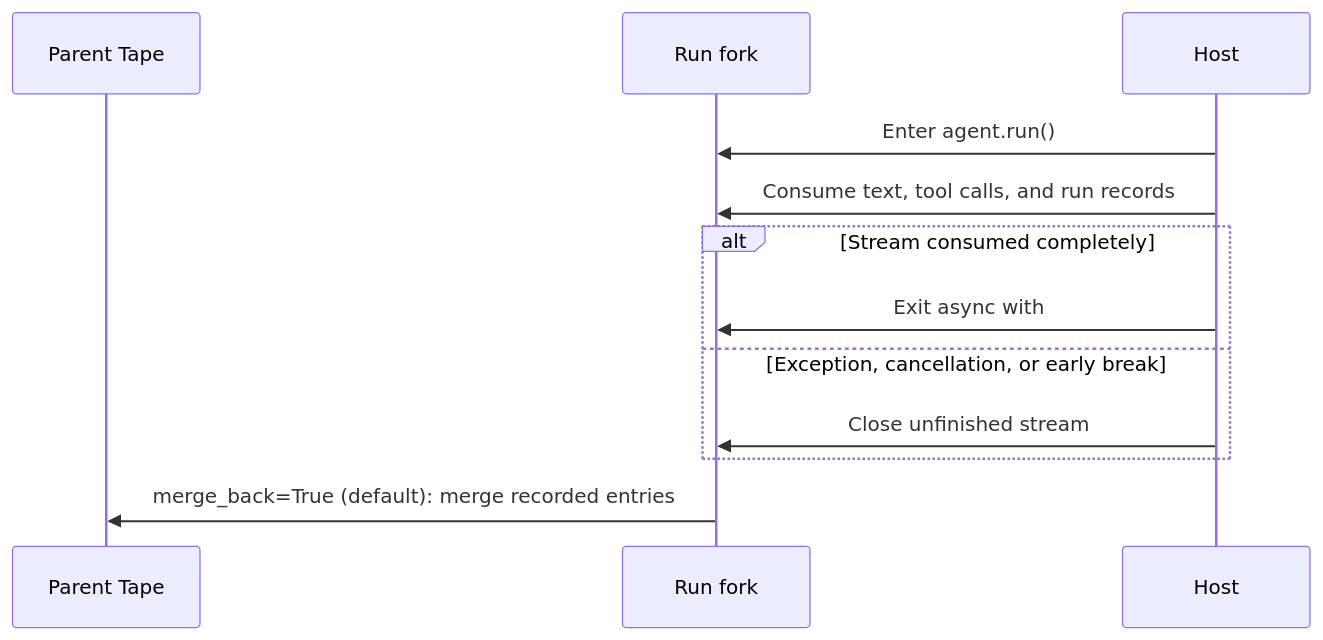
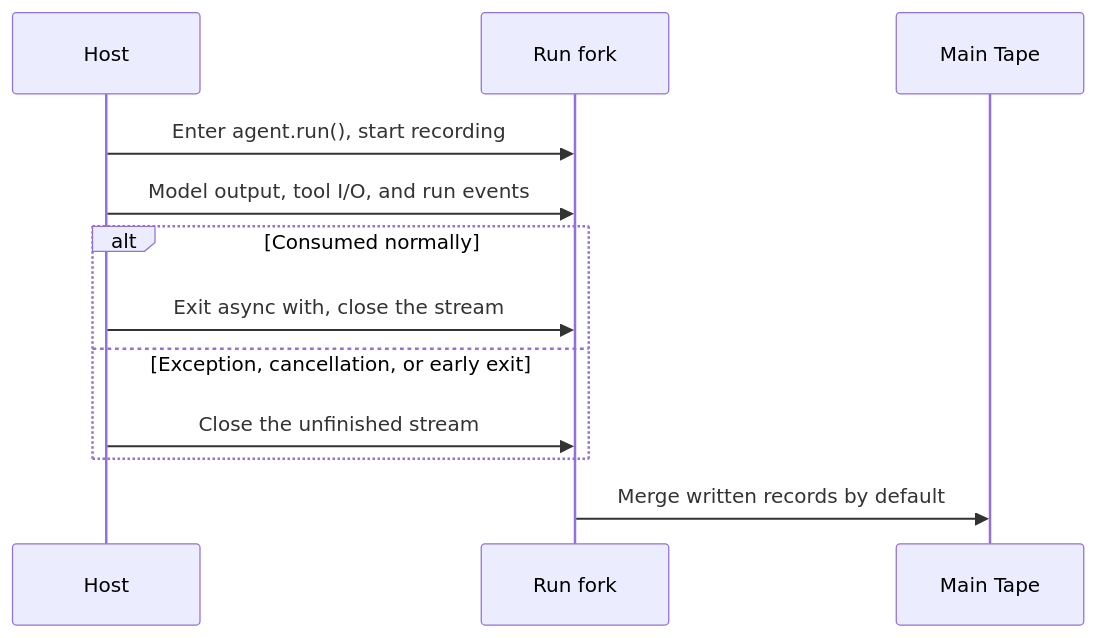
One commit to bubbuild/bub changed the diagram in website/src/content/docs/docs/sdk/tape.mdx. Above: the diagram before and after it, drawn with Mermaid. The commit also changed other lines of this file and 5 other files, not shown here.

````diff
--- a/website/src/content/docs/docs/sdk/tape.mdx
+++ b/website/src/content/docs/docs/sdk/tape.mdx
@@ -123,14 +244,14 @@
 ```mermaid
 sequenceDiagram
-    participant Main as Parent Tape
+    participant Host as Host
     participant Fork as Run fork
-    participant Host as Host
-    Host->>Fork: Enter agent.run()
-    Host->>Fork: Consume text, tool calls, and run records
-    alt Stream consumed completely
-        Host->>Fork: Exit async with
-    else Exception, cancellation, or early break
-        Host->>Fork: Close unfinished stream
+    participant Main as Main Tape
+    Host->>Fork: Enter agent.run(), start recording
+    Host->>Fork: Model output, tool I/O, and run events
+    alt Consumed normally
+        Host->>Fork: Exit async with, close the stream
+    else Exception, cancellation, or early exit
+        Host->>Fork: Close the unfinished stream
     end
-    Fork->>Main: merge_back=True (default): merge recorded entries
+    Fork->>Main: Merge written records by default
 ```
````
